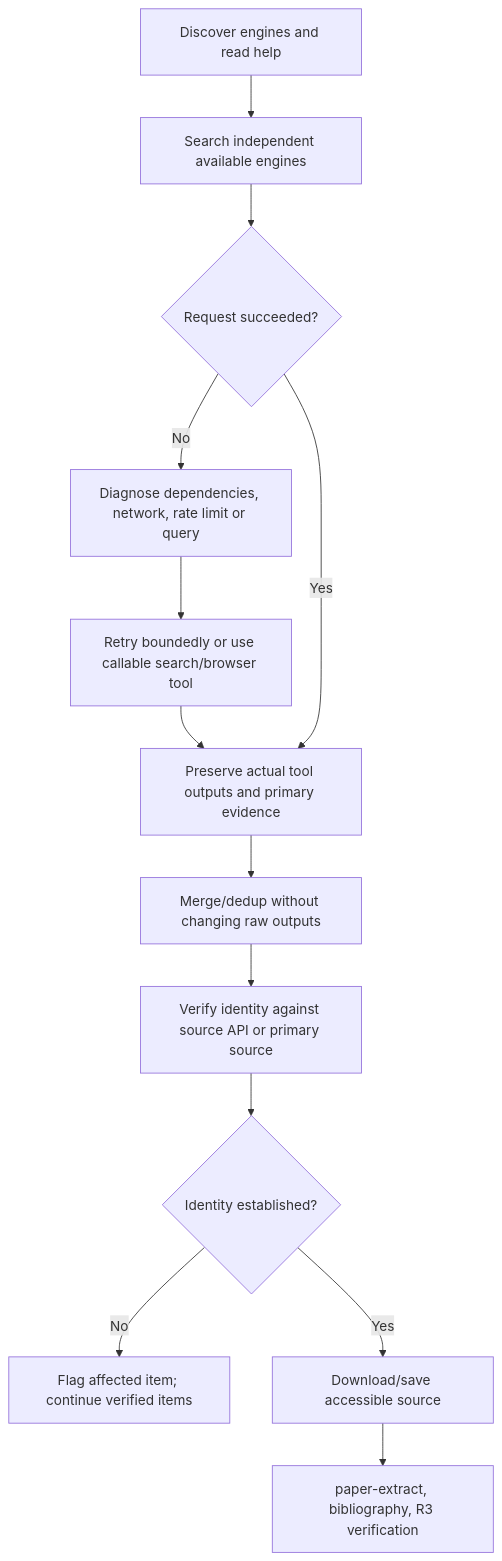
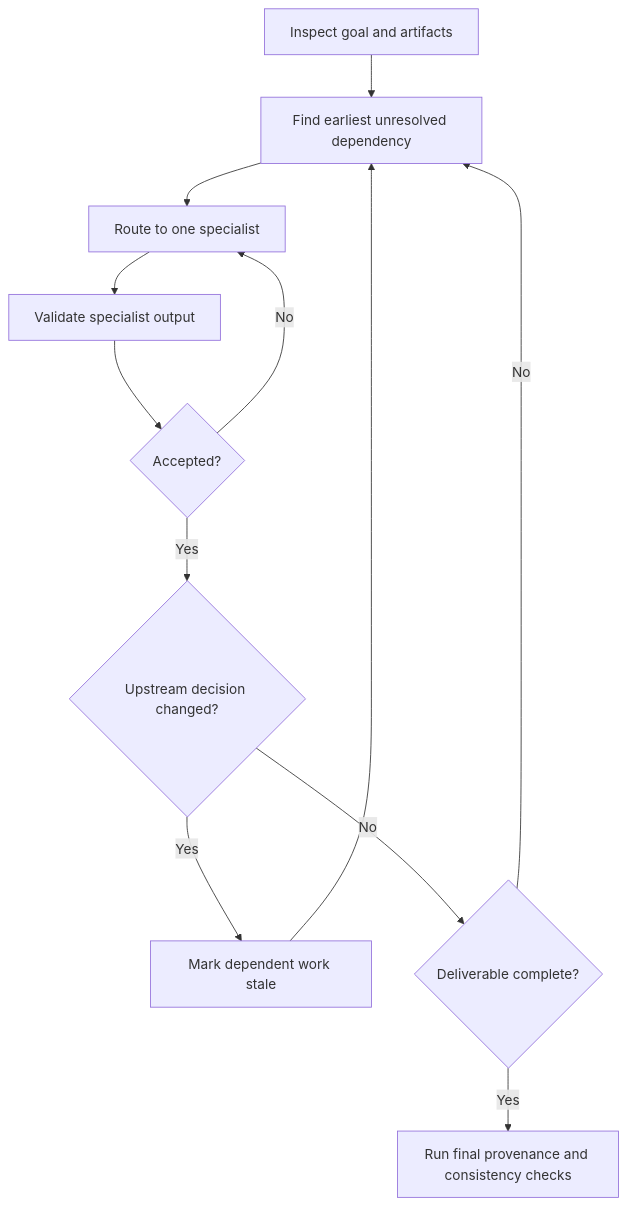
The diagram in skills/systematic-research/SKILL.md (Deadpoolmine/systematic-research-skills), drawn with Mermaid before and after one commit. The commit also changed other lines of this file and 6 other files, not shown here.

````diff
--- a/skills/systematic-research/SKILL.md
+++ b/skills/systematic-research/SKILL.md
@@ -11,15 +18,14 @@
 ```mermaid
 flowchart TD
-    A[Discover engines and read help] --> B[Search independent available engines]
-    B --> C{Request succeeded?}
-    C -->|No| D[Diagnose dependencies, network, rate limit or query]
-    D --> E[Retry boundedly or use callable search/browser tool]
-    E --> F[Preserve actual tool outputs and primary evidence]
-    C -->|Yes| F
-    F --> G[Merge/dedup without changing raw outputs]
-    G --> H[Verify identity against source API or primary source]
-    H --> I{Identity established?}
-    I -->|No| J[Flag affected item; continue verified items]
-    I -->|Yes| K[Download/save accessible source]
-    K --> L[paper-extract, bibliography, R3 verification]
+    A[Inspect goal and artifacts] --> B[Find earliest unresolved dependency]
+    B --> C[Route to one specialist]
+    C --> D[Validate specialist output]
+    D --> E{Accepted?}
+    E -->|No| C
+    E -->|Yes| F{Upstream decision changed?}
+    F -->|Yes| G[Mark dependent work stale]
+    G --> B
+    F -->|No| H{Deliverable complete?}
+    H -->|No| B
+    H -->|Yes| I[Run final provenance and consistency checks]
 ```
````
